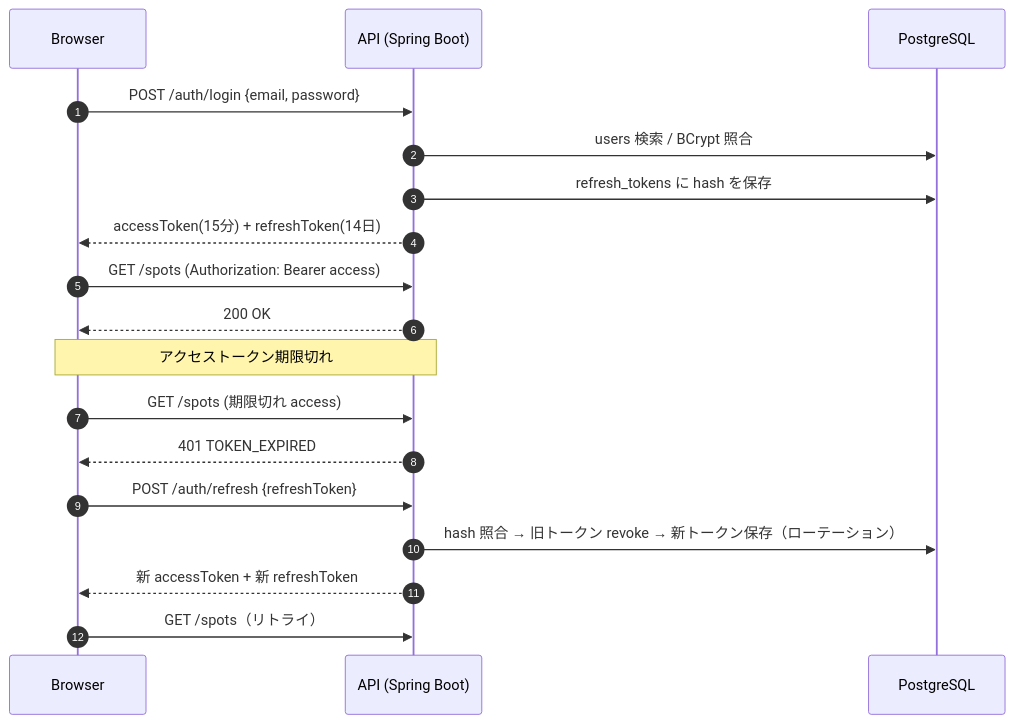
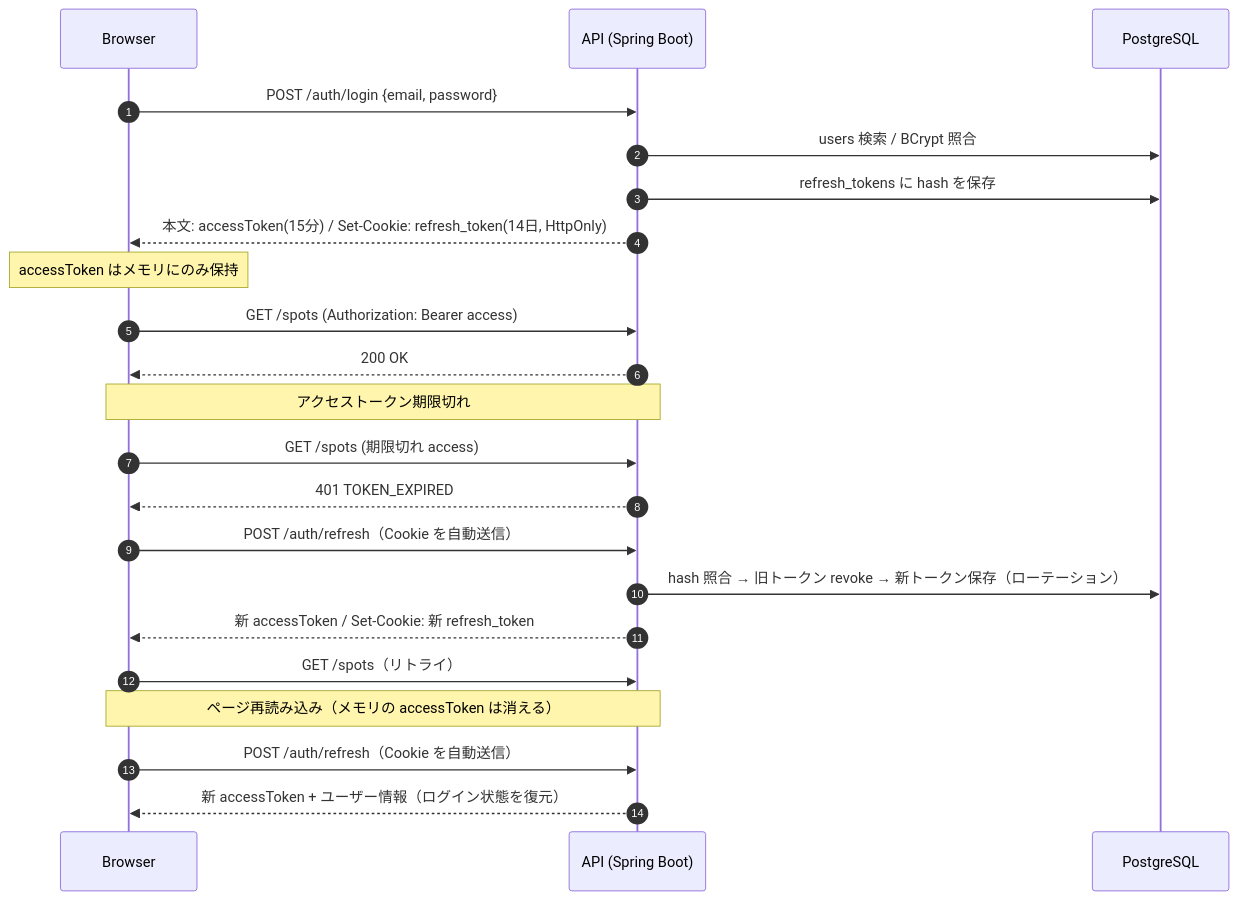
The fourth of 7 diagrams in docs/architecture.md (kuroda1995/TripDiary), drawn with Mermaid before and after one commit. The commit also changed other lines of this file and 2 other files, not shown here.

Commit message:
docs(auth): トークンの保存方式（HttpOnly Cookie）と認証仕様を反映

````diff
--- a/docs/architecture.md
+++ b/docs/architecture.md
@@ -208,23 +208,28 @@
 ```mermaid
 sequenceDiagram
     autonumber
     participant B as Browser
     participant A as API (Spring Boot)
     participant D as PostgreSQL
 
     B->>A: POST /auth/login {email, password}
     A->>D: users 検索 / BCrypt 照合
     A->>D: refresh_tokens に hash を保存
-    A-->>B: accessToken(15分) + refreshToken(14日)
+    A-->>B: 本文: accessToken(15分) / Set-Cookie: refresh_token(14日, HttpOnly)
+    Note over B: accessToken はメモリにのみ保持
 
     B->>A: GET /spots (Authorization: Bearer access)
     A-->>B: 200 OK
 
     Note over B,A: アクセストークン期限切れ
     B->>A: GET /spots (期限切れ access)
     A-->>B: 401 TOKEN_EXPIRED
-    B->>A: POST /auth/refresh {refreshToken}
+    B->>A: POST /auth/refresh（Cookie を自動送信）
     A->>D: hash 照合 → 旧トークン revoke → 新トークン保存（ローテーション）
-    A-->>B: 新 accessToken + 新 refreshToken
+    A-->>B: 新 accessToken / Set-Cookie: 新 refresh_token
     B->>A: GET /spots（リトライ）
+
+    Note over B,A: ページ再読み込み（メモリの accessToken は消える）
+    B->>A: POST /auth/refresh（Cookie を自動送信）
+    A-->>B: 新 accessToken + ユーザー情報（ログイン状態を復元）
 ```
````
